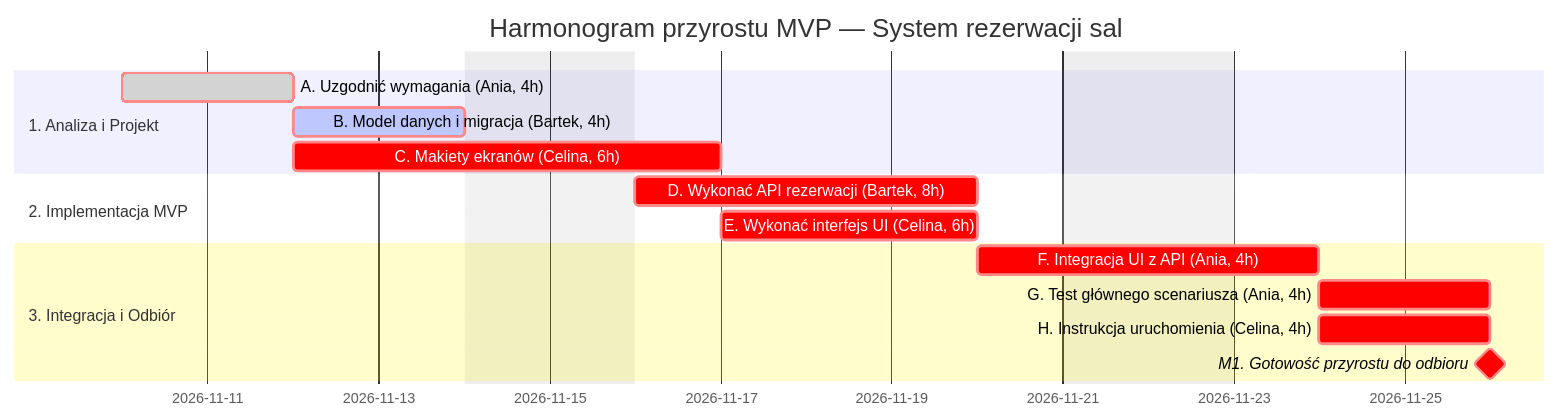
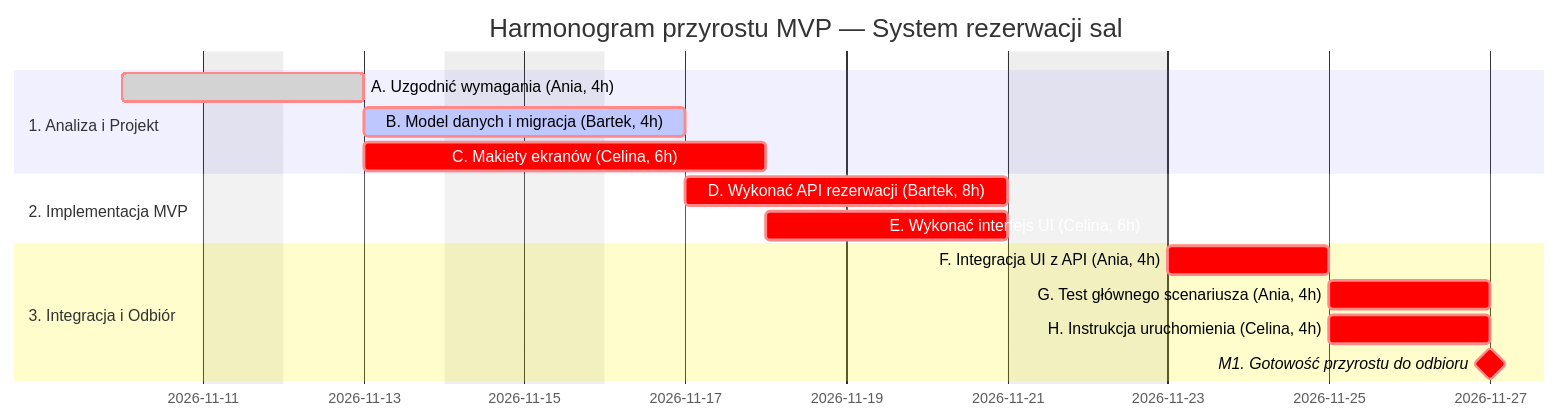
Before and after one commit to wgalka/engineering-project: the diagram in 2026-2027/lab4/gantt-krok-po-kroku.md, drawn with Mermaid. The commit also changed other lines of this file and 10 other files, not shown here.

````diff
--- a/2026-2027/lab4/gantt-krok-po-kroku.md
+++ b/2026-2027/lab4/gantt-krok-po-kroku.md
@@ -365,21 +384,21 @@
 ```mermaid
 gantt
     title Harmonogram przyrostu MVP — System rezerwacji sal
     dateFormat  YYYY-MM-DD
-    excludes    weekends
+    excludes    weekends, 2026-11-11
 
     section 1. Analiza i Projekt
     A. Uzgodnić wymagania (Ania, 4h)          :crit, done, a, 2026-11-10, 2d
     B. Model danych i migracja (Bartek, 4h)   :crit, active, b, after a, 2d
     C. Makiety ekranów (Celina, 6h)           :crit, c, after a, 3d
 
     section 2. Implementacja MVP
     D. Wykonać API rezerwacji (Bartek, 8h)    :crit, d, after b, 4d
     E. Wykonać interfejs UI (Celina, 6h)      :crit, e, after c, 3d
 
     section 3. Integracja i Odbiór
     F. Integracja UI z API (Ania, 4h)         :crit, f, after d e, 2d
     G. Test głównego scenariusza (Ania, 4h)   :crit, g, after f, 2d
     H. Instrukcja uruchomienia (Celina, 4h)   :crit, h, after f, 2d
     M1. Gotowość przyrostu do odbioru         :milestone, crit, m1, after g h, 0d
 ```
````
